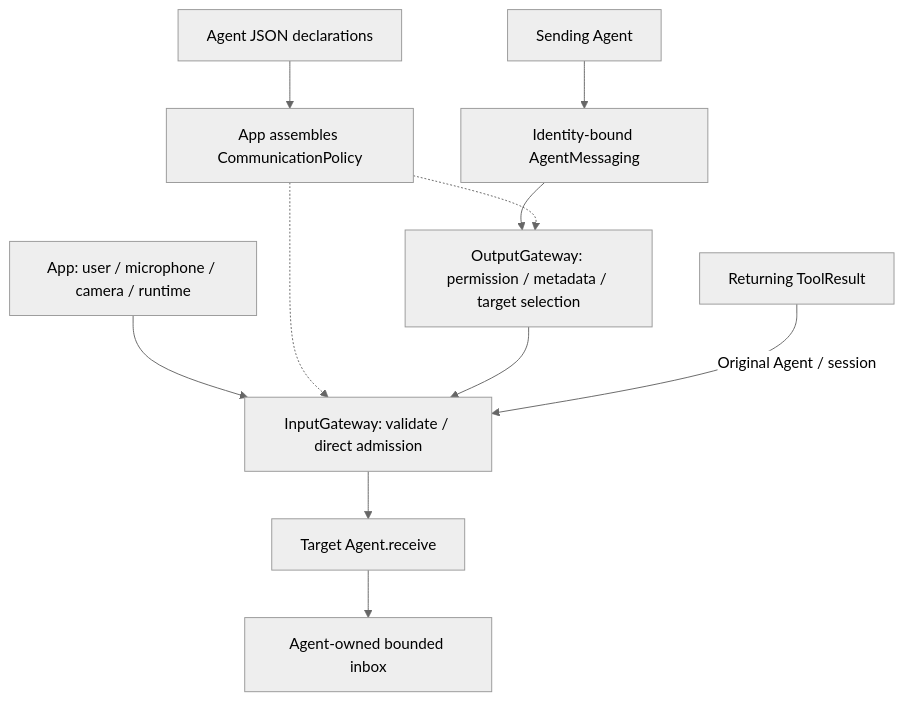
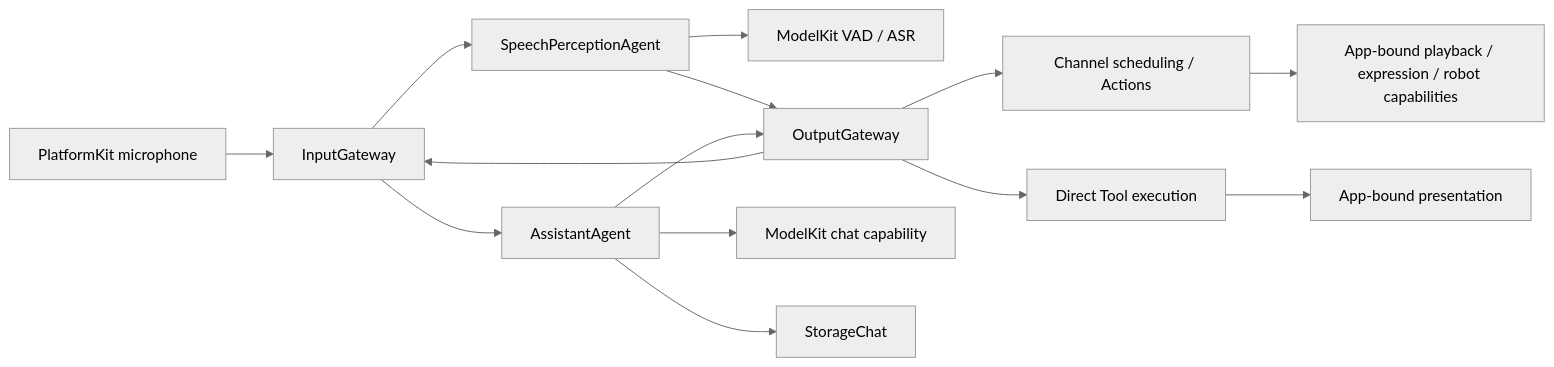
The fourth of 5 diagrams in MobileHarness/README.md (devilyouwei/MobileHarness), drawn with Mermaid (neutral theme) before and after one commit. The commit also changed other lines of this file, not shown here.

Commit message:
Focus technical design on current architecture and core workflows

````diff
--- a/MobileHarness/README.md
+++ b/MobileHarness/README.md
@@ -481,13 +284,16 @@
 ```mermaid
-flowchart TD
-    Config[Agent JSON declarations] --> Policy[App assembles CommunicationPolicy]
-    External[App: user / microphone / camera / runtime] --> Input[InputGateway: validate / direct admission]
-    Sender[Sending Agent] --> Port[Identity-bound AgentMessaging]
-    Port --> Output[OutputGateway: permission / metadata / target selection]
-    Policy -.-> Output
-    Policy -.-> Input
+flowchart LR
+    Microphone[PlatformKit microphone] --> Input[InputGateway]
+    Input --> Perception[SpeechPerceptionAgent]
+    Perception --> Models[ModelKit VAD / ASR]
+    Perception --> Output[OutputGateway]
     Output --> Input
-    Tool[Returning ToolResult] -->|Original Agent / session| Input
-    Input --> Receive[Target Agent.receive]
-    Receive --> Inbox[Agent-owned bounded inbox]
+    Input --> Assistant[AssistantAgent]
+    Assistant --> Chat[ModelKit chat capability]
+    Assistant --> Journal[StorageChat]
+    Assistant --> Output
+    Output --> Actions[Channel scheduling / Actions]
+    Output --> Tools[Direct Tool execution]
+    Actions --> Effects[App-bound playback / expression / robot capabilities]
+    Tools --> UI[App-bound presentation]
 ```
````
